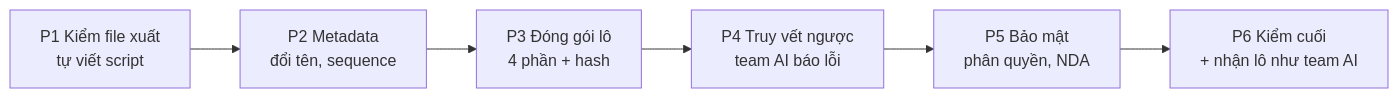
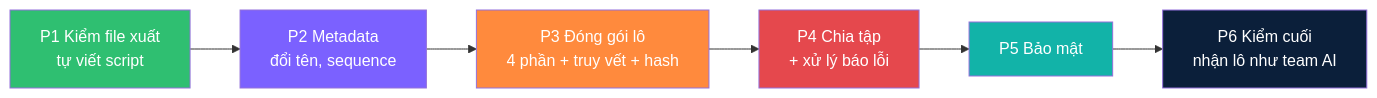
One commit to VinUni-AI20k/K5-L23-Day10-Handover-Traceability changed the diagram in README.md. Above: the diagram before and after it, drawn with Mermaid. The commit also changed other lines of this file and 11 other files, not shown here.

````diff
--- a/README.md
+++ b/README.md
@@ -10,8 +36,14 @@
 ```mermaid
 flowchart LR
   A[P1 Kiểm file xuất<br/>tự viết script] --> B[P2 Metadata<br/>đổi tên, sequence]
-  B --> C[P3 Đóng gói lô<br/>4 phần + hash]
-  C --> D[P4 Truy vết ngược<br/>team AI báo lỗi]
-  D --> E[P5 Bảo mật<br/>phân quyền, NDA]
-  E --> F[P6 Kiểm cuối<br/>+ nhận lô như team AI]
+  B --> C[P3 Đóng gói lô<br/>4 phần + truy vết + hash]
+  C --> D[P4 Chia tập<br/>+ xử lý báo lỗi]
+  D --> E[P5 Bảo mật]
+  E --> F[P6 Kiểm cuối<br/>nhận lô như team AI]
+  style A fill:#2fbf71,color:#fff
+  style B fill:#7b61ff,color:#fff
+  style C fill:#ff8a3d,color:#fff
+  style D fill:#e5484d,color:#fff
+  style E fill:#12b3a8,color:#fff
+  style F fill:#0b1f3a,color:#fff
 ```
````
